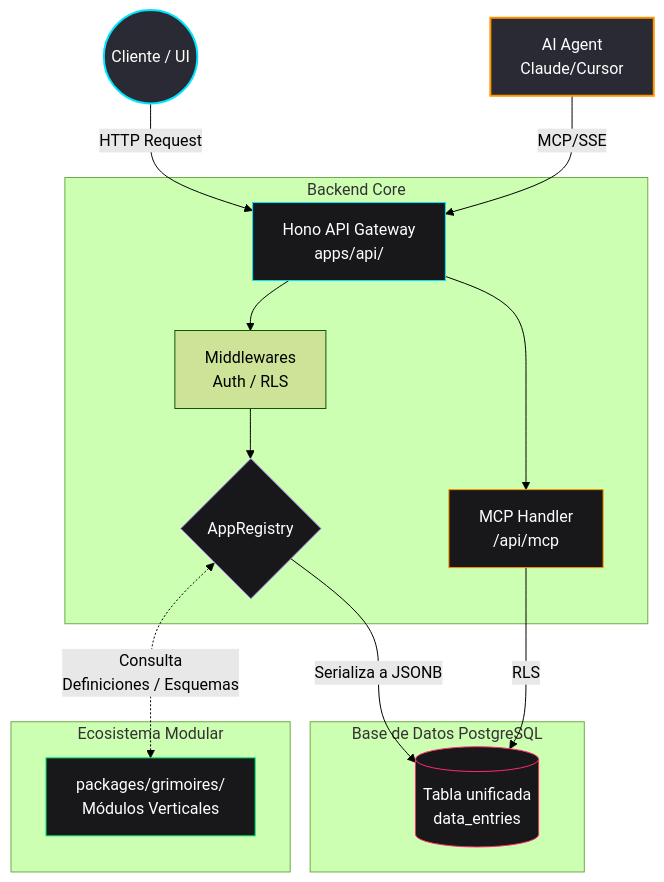
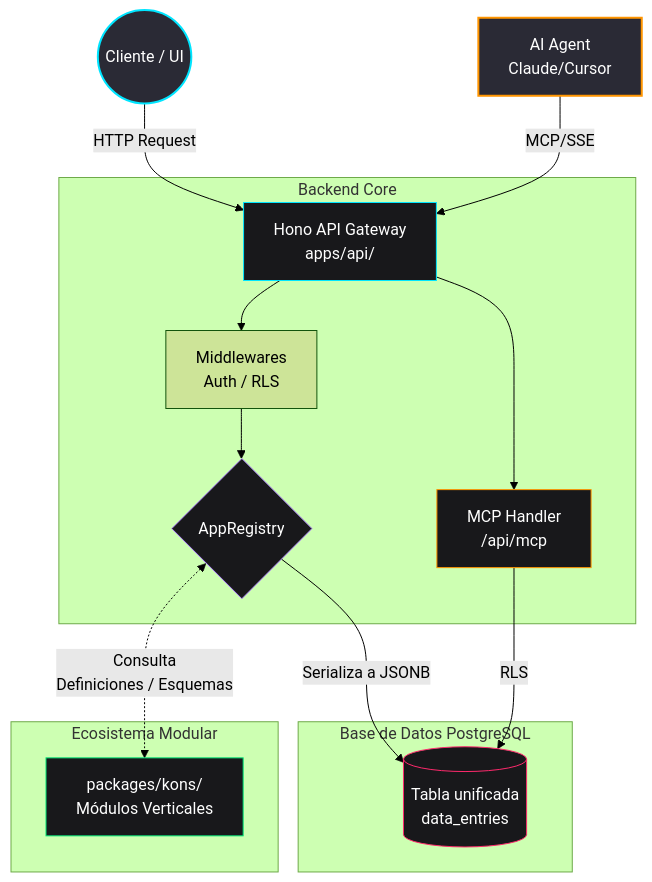
Before and after one commit to Victor-Antinori-Broce/Pylon: the first of 2 diagrams in ARCHITECTURE.md, drawn with Mermaid (forest theme). The commit also changed other lines of this file and 1308 other files, not shown here.

````diff
--- a/ARCHITECTURE.md
+++ b/ARCHITECTURE.md
@@ -94,33 +117,33 @@
 ```mermaid
 flowchart TD
     Client((Cliente / UI)) -->|HTTP Request| Hono[Hono API Gateway
  apps/api/]
     AI[AI Agent<br/>Claude/Cursor] -->|MCP/SSE| Hono
 
     subgraph Backend Core
         Hono --> Mid[Middlewares
  Auth / RLS]
         Mid --> Reg{AppRegistry}
         Hono --> MCP[MCP Handler<br/>/api/mcp]
     end
 
     subgraph Ecosistema Modular
         Reg <-.->|Consulta
- Definiciones / Esquemas| Vert[packages/grimoires/<br/>Módulos Verticales]
+ Definiciones / Esquemas| Vert[packages/kons/<br/>Módulos Verticales]
     end
 
     subgraph Base de Datos PostgreSQL
         Reg -->|Serializa a JSONB| DB[(Tabla unificada
  data_entries)]
         MCP -->|RLS| DB
     end
 
     %% Estilos de los nodos
     style Client fill:#2a2a35,stroke:#00e5ff,stroke-width:2px,color:#fff
     style AI fill:#2a2a35,stroke:#ff9500,stroke-width:2px,color:#fff
     style Hono fill:#18181b,stroke:#00e5ff,color:#fff
     style MCP fill:#18181b,stroke:#ff9500,color:#fff
     style Reg fill:#18181b,stroke:#b388ff,color:#fff
     style DB fill:#18181b,stroke:#ff2a6d,color:#fff
     style Vert fill:#18181b,stroke:#00e676,color:#fff
 ```
````
